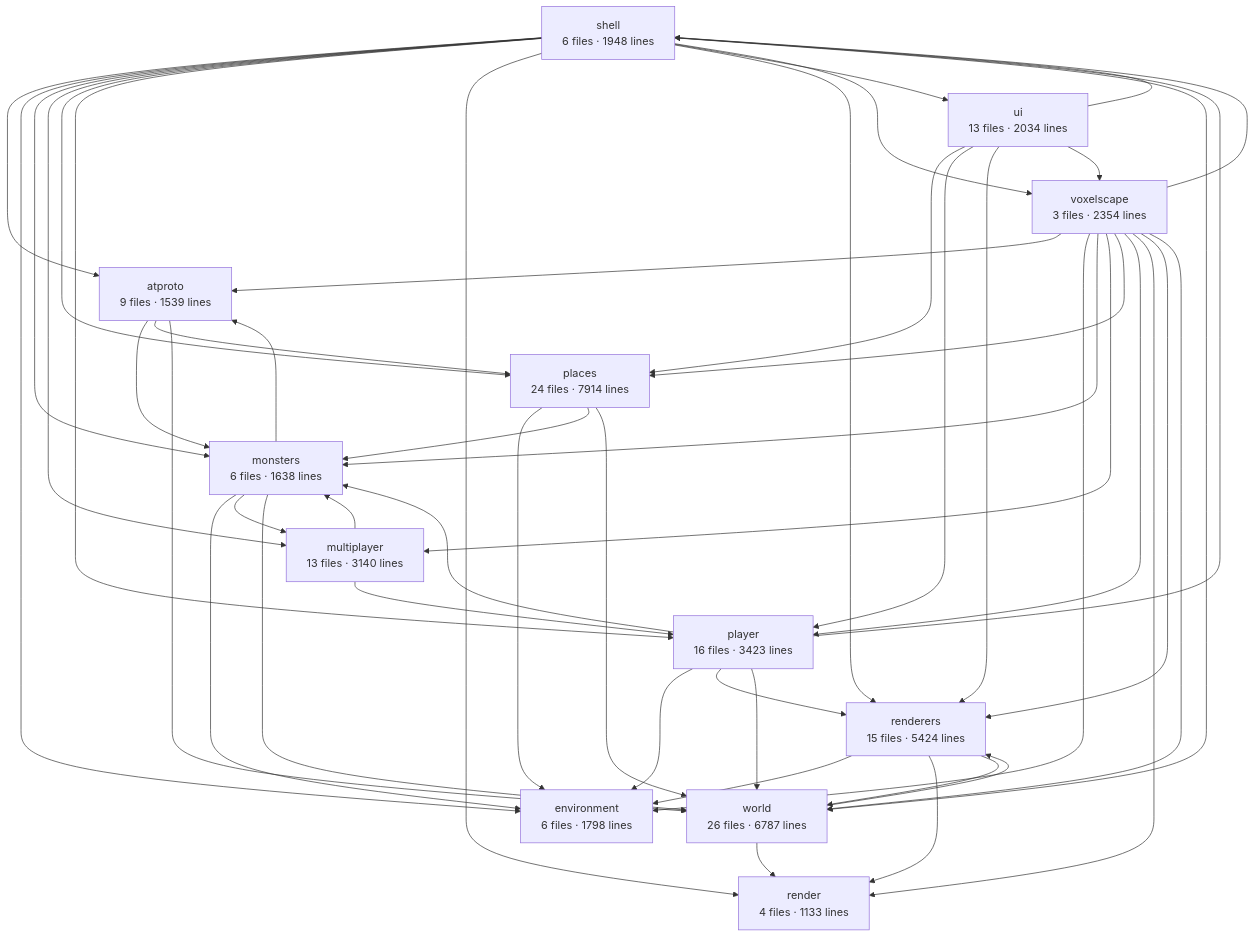
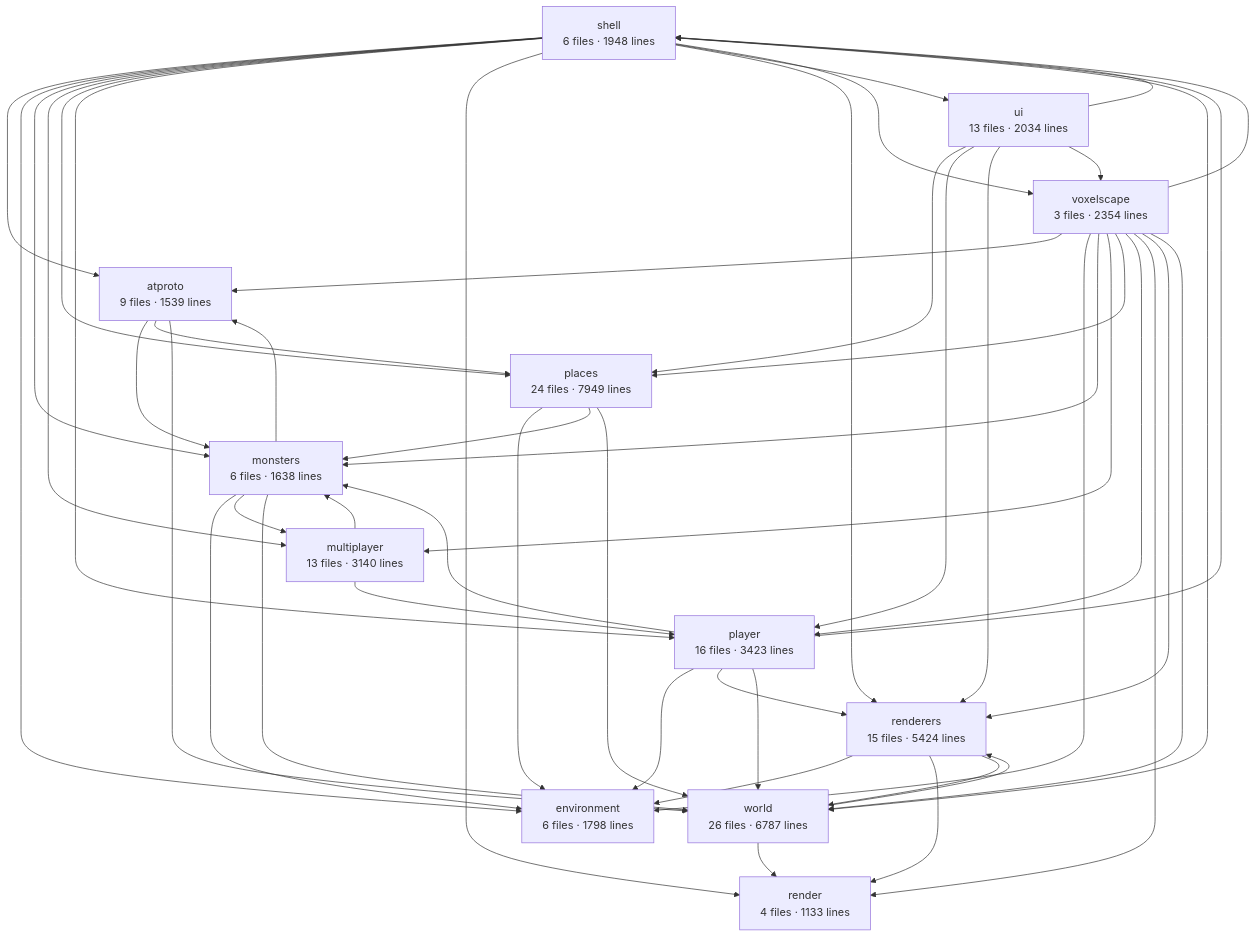
Before and after one commit to clinuxrulz/big-mesh-studios: the diagram in apps/voxelscape/docs/architecture.md, drawn with Mermaid. The commit also changed other lines of this file and 3 other files, not shown here.

````diff
--- a/apps/voxelscape/docs/architecture.md
+++ b/apps/voxelscape/docs/architecture.md
@@ -6,63 +6,63 @@
 ```mermaid
 graph TD
   shell["shell<br/>6 files · 1948 lines"]
   voxelscape["voxelscape<br/>3 files · 2354 lines"]
   world["world<br/>26 files · 6787 lines"]
   renderers["renderers<br/>15 files · 5424 lines"]
   render["render<br/>4 files · 1133 lines"]
   player["player<br/>16 files · 3423 lines"]
   monsters["monsters<br/>6 files · 1638 lines"]
   multiplayer["multiplayer<br/>13 files · 3140 lines"]
-  places["places<br/>24 files · 7914 lines"]
+  places["places<br/>24 files · 7949 lines"]
   environment["environment<br/>6 files · 1798 lines"]
   atproto["atproto<br/>9 files · 1539 lines"]
   ui["ui<br/>13 files · 2034 lines"]
   atproto --> monsters
   atproto --> places
   atproto --> world
   monsters --> atproto
   monsters --> environment
   monsters --> multiplayer
   monsters --> world
   multiplayer --> monsters
   multiplayer --> player
   places --> environment
   places --> monsters
   places --> world
   player --> environment
   player --> monsters
   player --> renderers
   player --> shell
   player --> world
   renderers --> environment
   renderers --> render
   renderers --> world
   shell --> atproto
   shell --> environment
   shell --> monsters
   shell --> multiplayer
   shell --> places
   shell --> player
   shell --> render
   shell --> renderers
   shell --> ui
   shell --> voxelscape
   shell --> world
   ui --> places
   ui --> player
   ui --> renderers
   ui --> shell
   ui --> voxelscape
   voxelscape --> atproto
   voxelscape --> environment
   voxelscape --> monsters
   voxelscape --> multiplayer
   voxelscape --> places
   voxelscape --> player
   voxelscape --> render
   voxelscape --> renderers
   voxelscape --> shell
   voxelscape --> world
   world --> render
   world --> renderers
 ```
````
